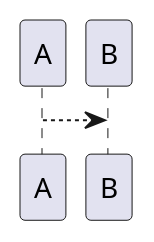
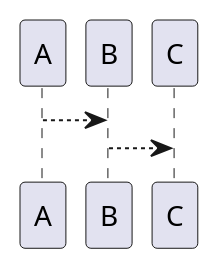
The diagram in README.md (kitfactory/test), drawn with PlantUML before and after one commit.

````diff
--- a/README.md
+++ b/README.md
@@ -7,5 +7,6 @@
 ```plantuml
 @startuml
 A-->B
+B-->C
 @enduml
 ```
````
